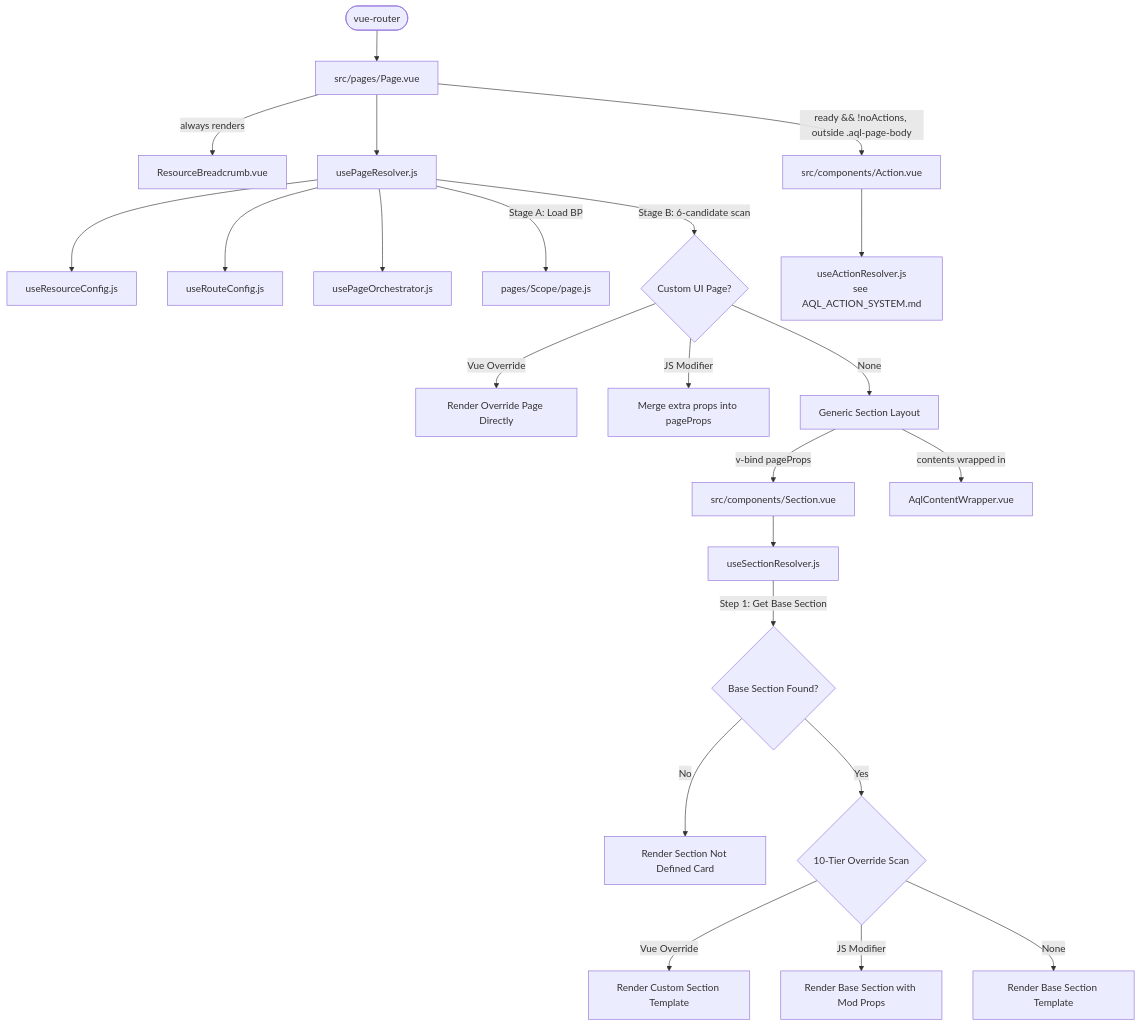
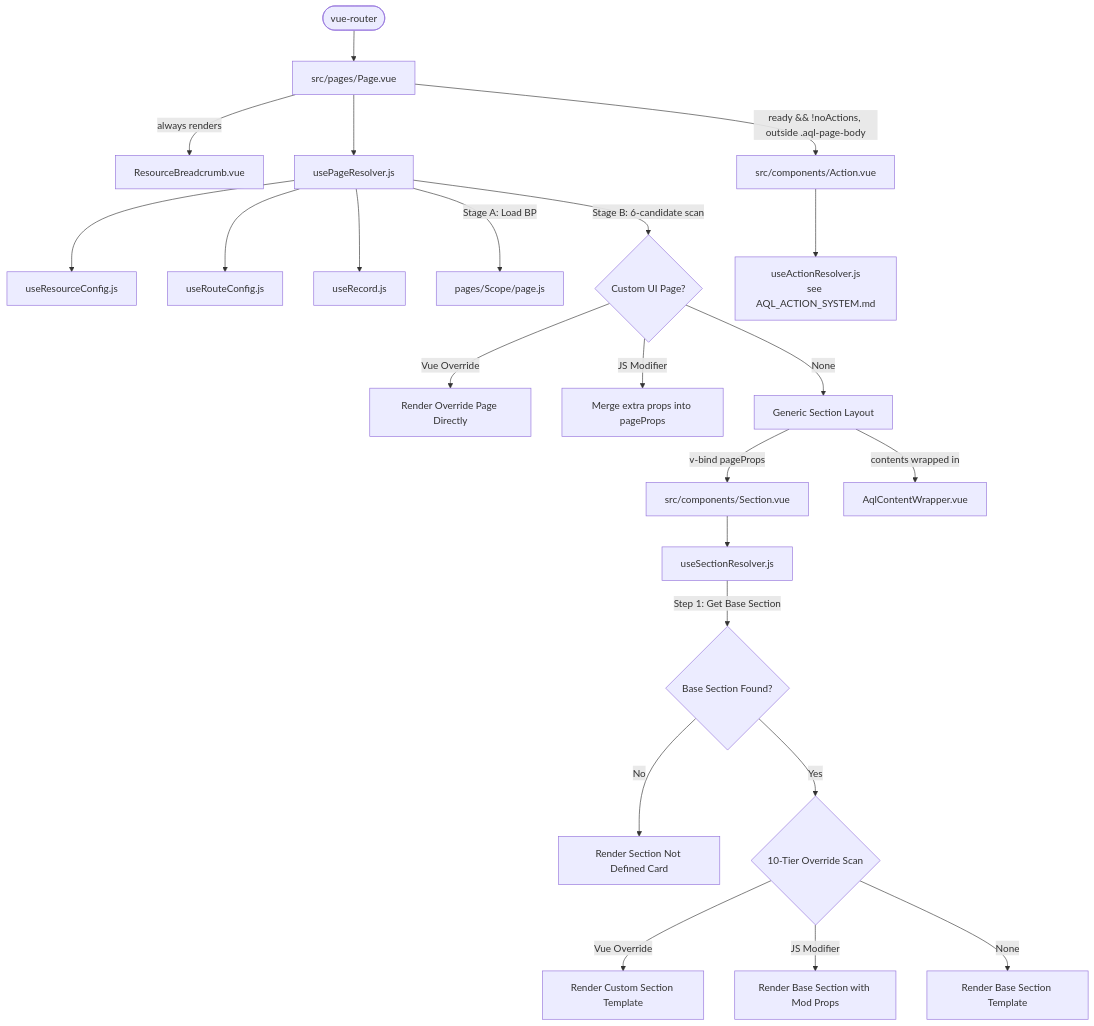
One commit to firumon/little-leap-aql changed the diagram in Documents/AQL_PAGE_AND_SECTION_SYSTEM.md. Above: the diagram before and after it, drawn with Mermaid. The commit also changed other lines of this file and 6 other files, not shown here.

First line of the commit message:
docs(page-system): remove usePageOrchestrator, split responsibilities

````diff
--- a/Documents/AQL_PAGE_AND_SECTION_SYSTEM.md
+++ b/Documents/AQL_PAGE_AND_SECTION_SYSTEM.md
@@ -26,29 +26,29 @@
 ```mermaid
 graph TD
     Router([vue-router]) --> PageVue[src/pages/Page.vue]
     PageVue --> |always renders| Breadcrumb[ResourceBreadcrumb.vue]
     PageVue --> usePageResolver[usePageResolver.js]
     usePageResolver --> useResourceConfig[useResourceConfig.js]
     usePageResolver --> useRouteConfig[useRouteConfig.js]
-    usePageResolver --> usePageOrchestrator[usePageOrchestrator.js]
+    usePageResolver --> useRecord[useRecord.js]
     usePageResolver --> |Stage A: Load BP| BaseContract[pages/Scope/page.js]
     usePageResolver --> |Stage B: 6-candidate scan| CustomUiPages{Custom UI Page?}
 
     CustomUiPages --> |Vue Override| CustomPage[Render Override Page Directly]
     CustomUiPages --> |JS Modifier| MergeProps[Merge extra props into pageProps]
     CustomUiPages --> |None| SectionLayout[Generic Section Layout]
 
     SectionLayout --> |v-bind pageProps| SectionVue[src/components/Section.vue]
     SectionLayout --> |contents wrapped in| AqlContentWrapper[AqlContentWrapper.vue]
     PageVue --> |ready && !noActions, outside .aql-page-body| ActionVue[src/components/Action.vue]
     ActionVue --> useActionResolver[useActionResolver.js<br/>see AQL_ACTION_SYSTEM.md]
 
     SectionVue --> useSectionResolver[useSectionResolver.js]
     useSectionResolver --> |Step 1: Get Base Section| BaseSection{Base Section Found?}
     BaseSection --> |No| UndefinedCard[Render Section Not Defined Card]
     BaseSection --> |Yes| OverrideScan{10-Tier Override Scan}
 
     OverrideScan --> |Vue Override| CustomSection[Render Custom Section Template]
     OverrideScan --> |JS Modifier| RenderBaseWithJS[Render Base Section with Mod Props]
     OverrideScan --> |None| RenderBase[Render Base Section Template]
 ```
````
